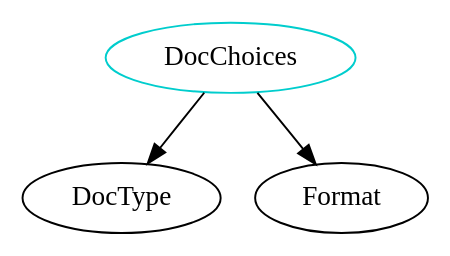
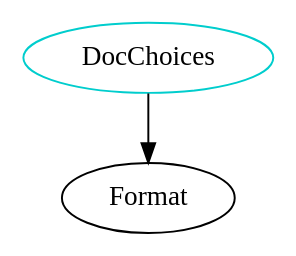
One commit to JacquesCarette/Drasil changed the diagram in analysis/TypeDependencyGraphs/gen/DocChoices.dot. Above: the diagram before and after it, drawn with Graphviz. The commit also changed 558 other files, not shown here.

```diff
--- a/analysis/TypeDependencyGraphs/gen/DocChoices.dot
+++ b/analysis/TypeDependencyGraphs/gen/DocChoices.dot
@@ -1,5 +1,4 @@
 digraph docchoices{
 DocChoices	[shape=oval, color=cyan3, label="DocChoices"];
-DocChoices -> DocType;
 DocChoices -> Format;
 }
```
